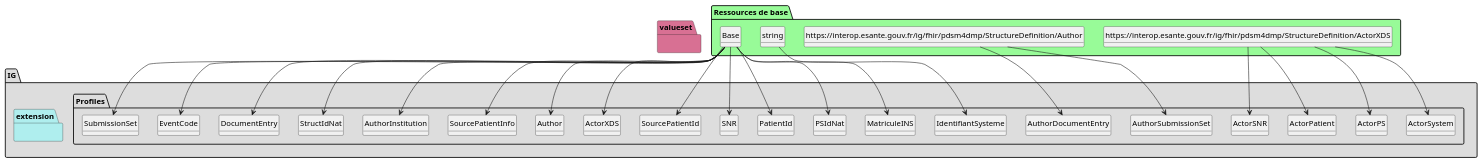
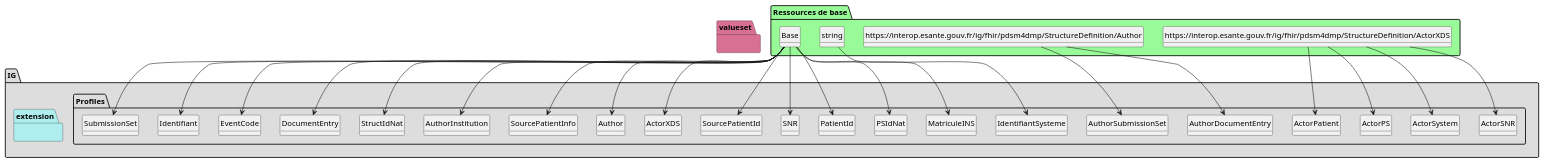
One commit to ansforge/IG-FHIR-PDSM4DMP-EEDS changed the diagram in add-info-dmp/plantuml/graph.puml. Above: the diagram before and after it, drawn with PlantUML. The commit also changed 405 other files, not shown here.

```diff
--- a/add-info-dmp/plantuml/graph.puml
+++ b/add-info-dmp/plantuml/graph.puml
@@ -10,7 +10,8 @@
         class ActorPS{
 
              ActorPS => [None..None]
-             ActorPS.XCN1[x] => [None..None]
+             ActorPS.XCN1 => [None..None]
+             ActorPS.XCN1.value[x] => [None..None]
              ActorPS.XCN2 => [None..None]
              ActorPS.XCN3 => [None..None]
              ActorPS.XCN9.composant2 => [None..None]
@@ -21,7 +22,8 @@
         class ActorPatient{
 
              ActorPatient => [None..None]
-             ActorPatient.XCN1[x] => [None..None]
+             ActorPatient.XCN1 => [None..None]
+             ActorPatient.XCN1.value[x] => [None..None]
              ActorPatient.XCN2 => [None..None]
              ActorPatient.XCN3 => [None..None]
              ActorPatient.XCN9.composant2 => [None..None]
@@ -32,7 +34,8 @@
         class ActorSNR{
 
              ActorSNR => [None..None]
-             ActorSNR.XCN1[x] => [None..None]
+             ActorSNR.XCN1 => [None..None]
+             ActorSNR.XCN1.value[x] => [None..None]
              ActorSNR.XCN2 => [None..None]
              ActorSNR.XCN3 => [None..None]
              ActorSNR.XCN9.composant2 => [None..None]
@@ -43,7 +46,8 @@
         class ActorSystem{
 
              ActorSystem => [None..None]
-             ActorSystem.XCN1[x] => [None..None]
+             ActorSystem.XCN1 => [None..None]
+             ActorSystem.XCN1.value[x] => [None..None]
              ActorSystem.XCN2 => [None..None]
              ActorSystem.XCN3 => [None..None]
              ActorSystem.XCN9.composant2 => [None..None]
@@ -54,7 +58,7 @@
         class ActorXDS{
 
              ActorXDS => [None..None]
-             ActorXDS.XCN1[x] => [1..1]
+             ActorXDS.XCN1 => [1..1]
              ActorXDS.XCN2 => [1..1]
              ActorXDS.XCN3 => [1..1]
              ActorXDS.XCN9 => [1..1]
@@ -146,6 +150,12 @@
 
              EventCode => [None..None]
              EventCode.eventCode => [1..1]
+        } 
+
+        class Identifiant{
+
+             Identifiant => [None..None]
+             Identifiant.value[x] => [1..1]
         } 
 
         class IdentifiantSysteme{
@@ -280,6 +290,10 @@
 
     class095a1b43effec73955e31e790438de49 --> EventCode
 
+ class "Base" as  class095a1b43effec73955e31e790438de49 
+
+    class095a1b43effec73955e31e790438de49 --> Identifiant
+
  class "string" as  classb45cffe084dd3d20d928bee85e7b0f21 
 
     classb45cffe084dd3d20d928bee85e7b0f21 --> IdentifiantSysteme
```
